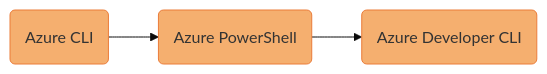
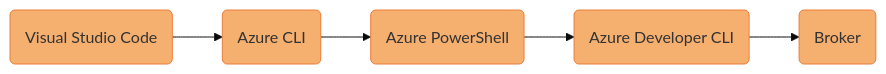
Before and after one commit to MicrosoftDocs/azure-dev-docs: the diagram in articles/javascript/sdk/mermaidjs/default-azure-credential-environment-variable-development.md, drawn with Mermaid. The commit also changed 11 other files, not shown here.

````diff
--- a/articles/javascript/sdk/mermaidjs/default-azure-credential-environment-variable-development.md
+++ b/articles/javascript/sdk/mermaidjs/default-azure-credential-environment-variable-development.md
@@ -1,27 +1,27 @@
 ```mermaid
 %% STEPS TO GENERATE IMAGE
 %% =======================
 %% 1. Install mermaid CLI v10.9.1 (see https://github.com/mermaid-js/mermaid-cli/blob/master/README.md):
 %%    npm i -g @mermaid-js/mermaid-cli@10.9.1
 %% 2. Run commands:
-%%    mmdc -i default-azure-credential-env-var-dev.md -o ../media/mermaidjs/default-azure-credential-env-var-dev.svg
+%%    mmdc -i default-azure-credential-environment-variable-development.md -o ../media/mermaidjs/default-azure-credential-environment-variable-development.svg
 
 %%{
   init: {
     'theme': 'base',
     'themeVariables': {
       'tertiaryBorderColor': '#fff',
       'tertiaryColor': '#fff'
     }
   }
 }%%
 
 flowchart LR;
     accTitle: DefaultAzureCredential authentication flow without deployed service credentials;
     accDescr: Flowchart showing the credential chain implemented by DefaultAzureCredential when AZURE_TOKEN_CREDENTIALS is set to "dev";
 
-    D(Azure CLI):::developer --> E(Azure PowerShell):::developer --> F(Azure Developer CLI):::developer;
+    D(Visual Studio Code):::developer --> E(Azure CLI):::developer --> F(Azure PowerShell):::developer --> G(Azure Developer CLI):::developer --> H(Broker):::developer;
 
     %% Define styles for credential type boxes
     classDef developer fill:#F5AF6F, stroke:#EB7C39;
 ```
````
